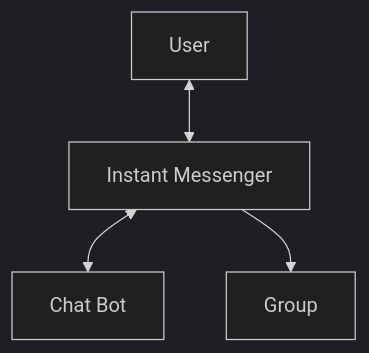
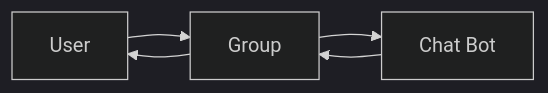
Before and after one commit to gasolin/blog: the second of 5 diagrams in source/_posts/how-bot-works.md, drawn with Mermaid (dark theme). The commit also changed other lines of this file, not shown here.

Commit message:
improve graph

```diff
--- a/source/_posts/how-bot-works.md
+++ b/source/_posts/how-bot-works.md
@@ -47,6 +66,7 @@
 {% mermaid %}
-graph TD
-User <--> Messenger[Instant Messenger]
-Messenger <--> bot[Chat Bot]
-Messenger --> Group
+graph LR
+User --> Group
+Group --> User
+Group --> bot[Chat Bot]
+bot --> Group
 {% endmermaid %}
```
